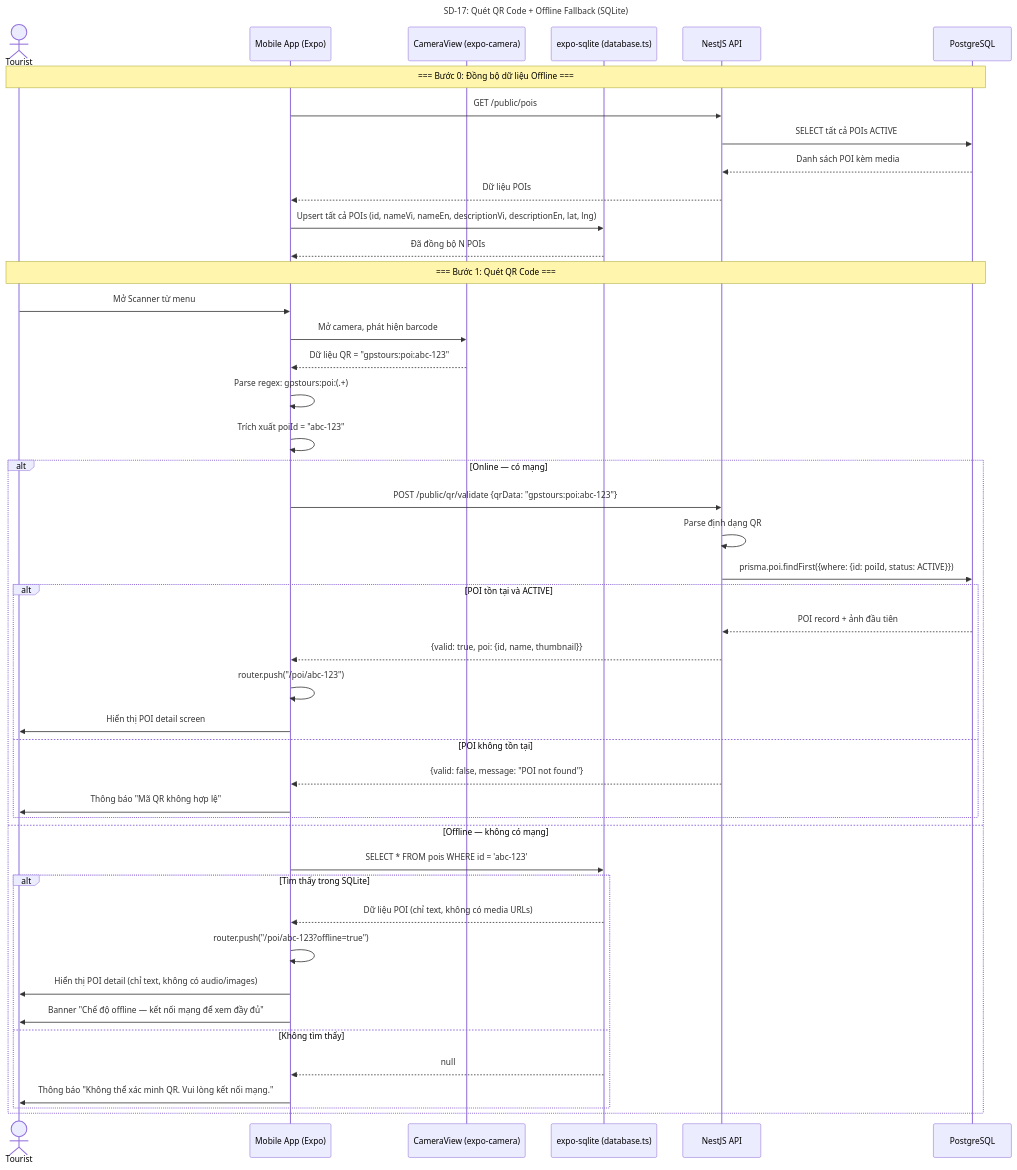
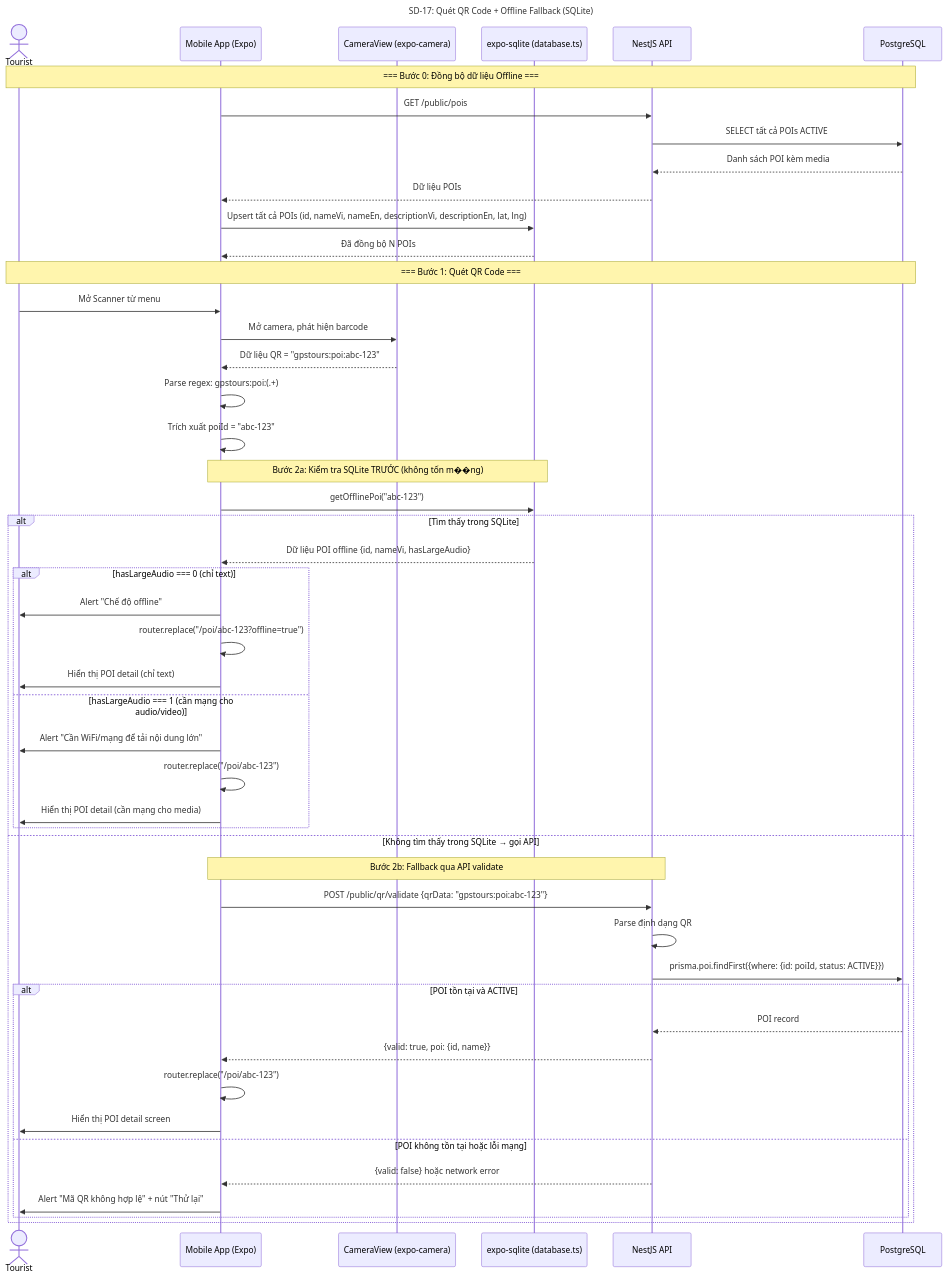
Diagram 17 of 28 in docs/step3_prd/15_sequence_diagrams.md (Ttuandatt/Seminar), drawn with Mermaid before and after one commit. The commit also changed other lines of this file, not shown here.

First line of the commit message:
docs: sync 8 sequence diagrams with codebase (v4.1 → v4.2)

````diff
--- a/docs/step3_prd/15_sequence_diagrams.md
+++ b/docs/step3_prd/15_sequence_diagrams.md
@@ -970,55 +968,59 @@
 ```mermaid
 sequenceDiagram
     title SD-17: Quét QR Code + Offline Fallback (SQLite)
     actor Tourist
     participant App as Mobile App (Expo)
     participant Scanner as CameraView (expo-camera)
     participant SQLite as expo-sqlite (database.ts)
     participant API as NestJS API
     participant DB as PostgreSQL
 
     Note over Tourist, DB: === Bước 0: Đồng bộ dữ liệu Offline ===
     App->>API: GET /public/pois
     API->>DB: SELECT tất cả POIs ACTIVE
     DB-->>API: Danh sách POI kèm media
     API-->>App: Dữ liệu POIs
     App->>SQLite: Upsert tất cả POIs (id, nameVi, nameEn, descriptionVi, descriptionEn, lat, lng)
     SQLite-->>App: Đã đồng bộ N POIs
 
     Note over Tourist, DB: === Bước 1: Quét QR Code ===
     Tourist->>App: Mở Scanner từ menu
     App->>Scanner: Mở camera, phát hiện barcode
     Scanner-->>App: Dữ liệu QR = "gpstours:poi:abc-123"
 
     App->>App: Parse regex: gpstours:poi:(.+)
     App->>App: Trích xuất poiId = "abc-123"
 
-    alt Online — có mạng
+    Note over App, SQLite: Bước 2a: Kiểm tra SQLite TRƯỚC (không tốn m��ng)
+    App->>SQLite: getOfflinePoi("abc-123")
+
+    alt Tìm thấy trong SQLite
+        SQLite-->>App: Dữ liệu POI offline {id, nameVi, hasLargeAudio}
+
+        alt hasLargeAudio === 0 (chỉ text)
+            App->>Tourist: Alert "Chế độ offline"
+            App->>App: router.replace("/poi/abc-123?offline=true")
+            App->>Tourist: Hiển thị POI detail (chỉ text)
+        else hasLargeAudio === 1 (cần mạng cho audio/video)
+            App->>Tourist: Alert "Cần WiFi/mạng để tải nội dung lớn"
+            App->>App: router.replace("/poi/abc-123")
+            App->>Tourist: Hiển thị POI detail (cần mạng cho media)
+        end
+
+    else Không tìm thấy trong SQLite → gọi API
+        Note over App, API: Bước 2b: Fallback qua API validate
         App->>API: POST /public/qr/validate {qrData: "gpstours:poi:abc-123"}
         API->>API: Parse định dạng QR
         API->>DB: prisma.poi.findFirst({where: {id: poiId, status: ACTIVE}})
 
         alt POI tồn tại và ACTIVE
-            DB-->>API: POI record + ảnh đầu tiên
-            API-->>App: {valid: true, poi: {id, name, thumbnail}}
-            App->>App: router.push("/poi/abc-123")
+            DB-->>API: POI record
+            API-->>App: {valid: true, poi: {id, name}}
+            App->>App: router.replace("/poi/abc-123")
             App->>Tourist: Hiển thị POI detail screen
-        else POI không tồn tại
-            API-->>App: {valid: false, message: "POI not found"}
-            App->>Tourist: Thông báo "Mã QR không hợp lệ"
-        end
-
-    else Offline — không có mạng
-        App->>SQLite: SELECT * FROM pois WHERE id = 'abc-123'
-
-        alt Tìm thấy trong SQLite
-            SQLite-->>App: Dữ liệu POI (chỉ text, không có media URLs)
-            App->>App: router.push("/poi/abc-123?offline=true")
-            App->>Tourist: Hiển thị POI detail (chỉ text, không có audio/images)
-            App->>Tourist: Banner "Chế độ offline — kết nối mạng để xem đầy đủ"
-        else Không tìm thấy
-            SQLite-->>App: null
-            App->>Tourist: Thông báo "Không thể xác minh QR. Vui lòng kết nối mạng."
+        else POI không tồn tại hoặc lỗi mạng
+            API-->>App: {valid: false} hoặc network error
+            App->>Tourist: Alert "Mã QR không hợp lệ" + nút "Thử lại"
         end
     end
 ```
````
